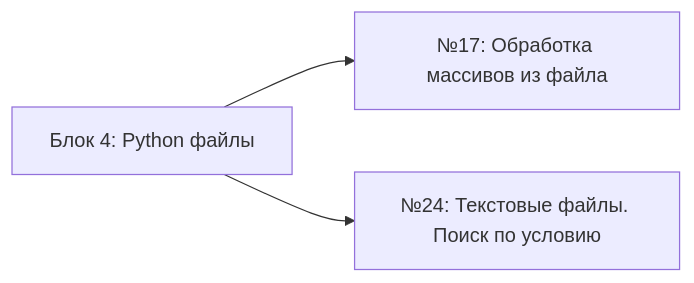
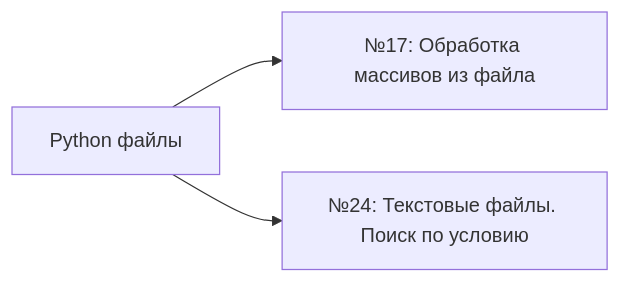
The fourth of 6 diagrams in README.md (mueqee/spbpu-inf-course), drawn with Mermaid before and after one commit. The commit also changed other lines of this file, not shown here.

````diff
--- a/README.md
+++ b/README.md
@@ -158,6 +119,6 @@
 ```mermaid
 flowchart LR
-  T4["Блок 4: Python файлы"]
+  T4["Python файлы"]
   T4 --> T4a["№17: Обработка массивов из файла"]
   T4 --> T4b["№24: Текстовые файлы. Поиск по условию"]
 ```
````
